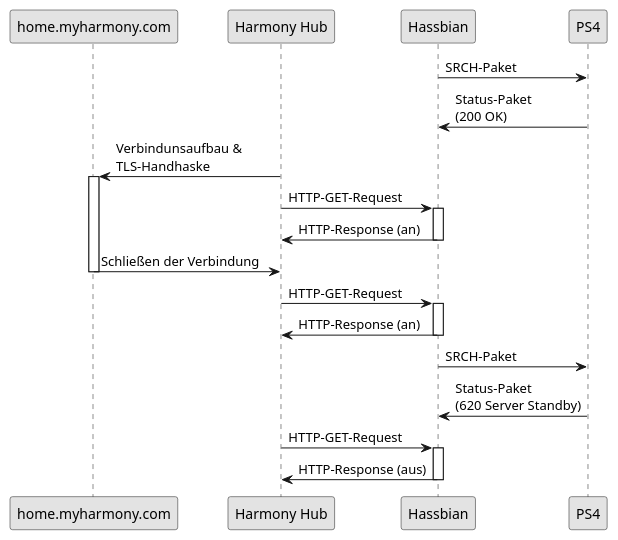
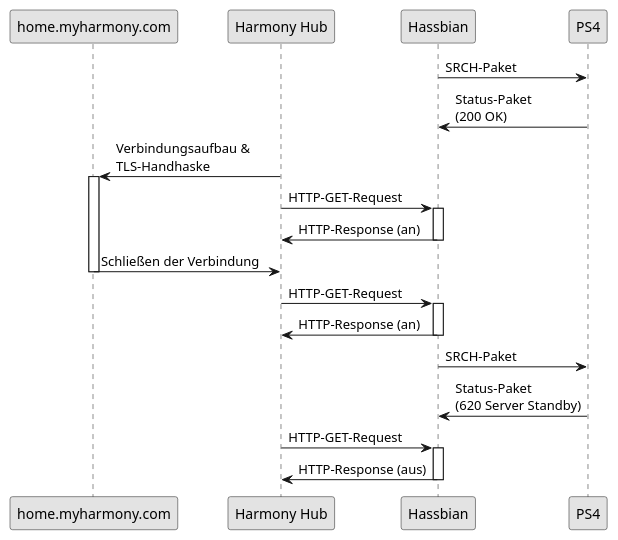
One commit to deeKay93/komunikationssysteme changed the diagram in assets/uml/ps-aus-harmony.wsd. Above: the diagram before and after it, drawn with PlantUML. The commit also changed 12 other files, not shown here.

```diff
--- a/assets/uml/ps-aus-harmony.wsd
+++ b/assets/uml/ps-aus-harmony.wsd
@@ -1,41 +1,41 @@
 @startuml ps-aus-harmony
 skinparam componentStyle uml2
 skinparam monochrome true
 
 participant "home.myharmony.com" as mh
 participant "Harmony Hub" as hu
 participant "Hassbian" as ha
 participant "PS4" as p
 
 
 ha -> p : SRCH-Paket
 p -> ha : Status-Paket\n(200 OK)
 
 
-hu -> mh : Verbindunsaufbau &\nTLS-Handhaske
+hu -> mh : Verbindungsaufbau &\nTLS-Handhaske
 activate mh
 
 hu -> ha: HTTP-GET-Request
 activate ha
 
 ha -> hu: HTTP-Response (an)
 deactivate ha
 
 mh -> hu : Schließen der Verbindung
 deactivate mh
 
 
 hu -> ha: HTTP-GET-Request
 activate ha
 ha -> hu: HTTP-Response (an)
 deactivate ha
 
 ha -> p : SRCH-Paket
 p -> ha : Status-Paket\n(620 Server Standby)
 
 hu -> ha: HTTP-GET-Request
 activate ha
 ha -> hu: HTTP-Response (aus)
 deactivate ha
 
 @enduml
```
